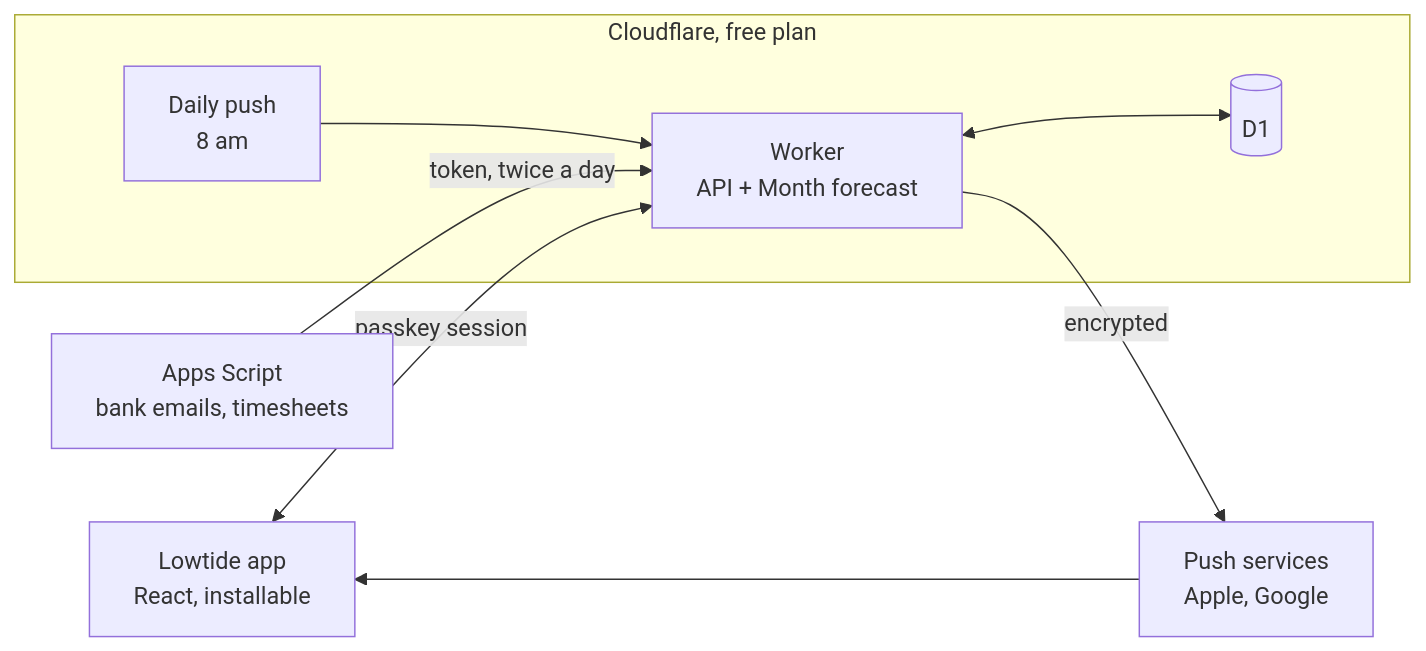
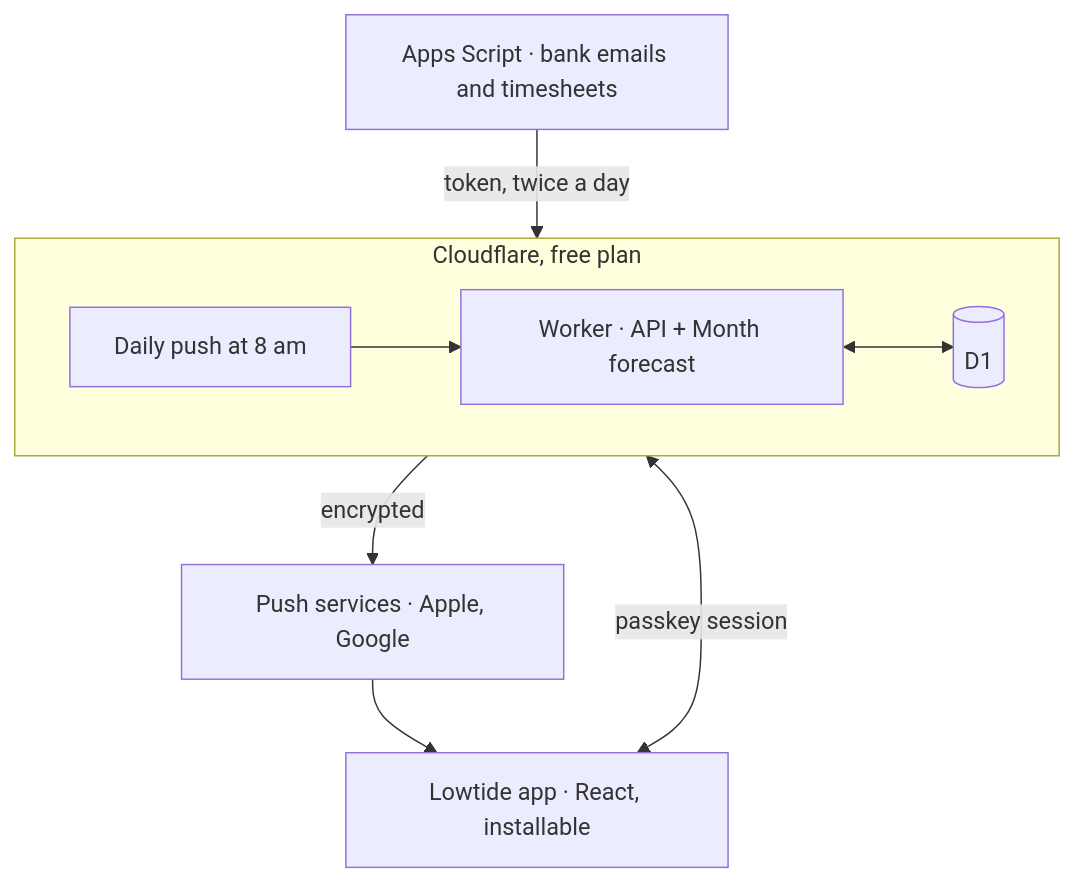
Before and after one commit to grosssec/lowtide: the diagram in README.md, drawn with Mermaid.

Commit message:
docs(readme): vertical diagram that fits GitHub's width

````diff
--- a/README.md
+++ b/README.md
@@ -57,18 +57,19 @@
 ```mermaid
-flowchart LR
-  app["Lowtide app<br/>React, installable"]
-  gas["Apps Script<br/>bank emails, timesheets"]
+flowchart TB
+  app["Lowtide app · React, installable"]
+  gas["Apps Script · bank emails and timesheets"]
   subgraph cf["Cloudflare, free plan"]
-    worker["Worker<br/>API + Month forecast"]
+    direction LR
+    worker["Worker · API + Month forecast"]
     db[("D1")]
-    cron["Daily push<br/>8 am"]
+    cron["Daily push at 8 am"]
   end
-  push["Push services<br/>Apple, Google"]
+  push["Push services · Apple, Google"]
 
   app <-->|passkey session| worker
   gas -->|token, twice a day| worker
   worker <--> db
   cron --> worker
   worker -->|encrypted| push
   push --> app
 ```
````
